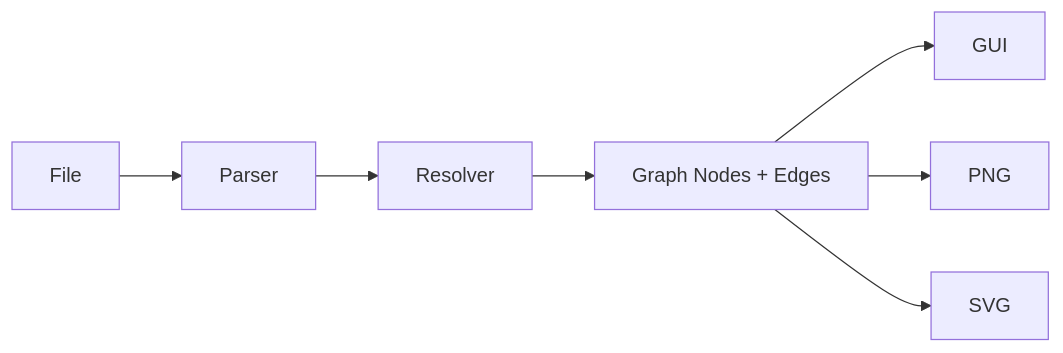
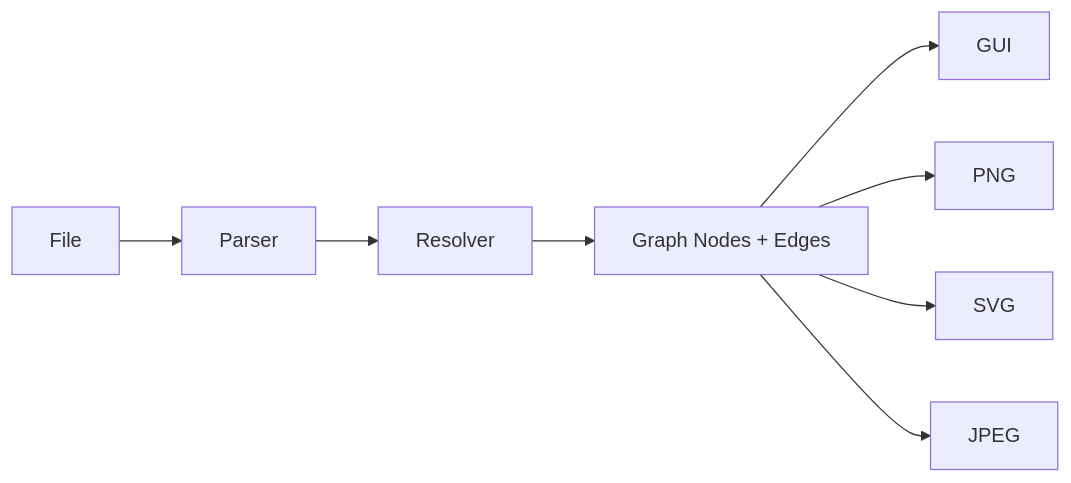
One commit to tarolling/seiri changed the diagram in docs/interfaces.md. Above: the diagram before and after it, drawn with Mermaid. The commit also changed 5 other files, not shown here.

````diff
--- a/docs/interfaces.md
+++ b/docs/interfaces.md
@@ -39,10 +39,11 @@
 ```mermaid
 flowchart LR;
 
   File --> Parser;
   Parser --> Resolver;
   Resolver --> nodes["Graph Nodes + Edges"];
   nodes --> GUI;
   nodes --> PNG;
   nodes --> SVG;
+  nodes --> JPEG;
 ```
````
